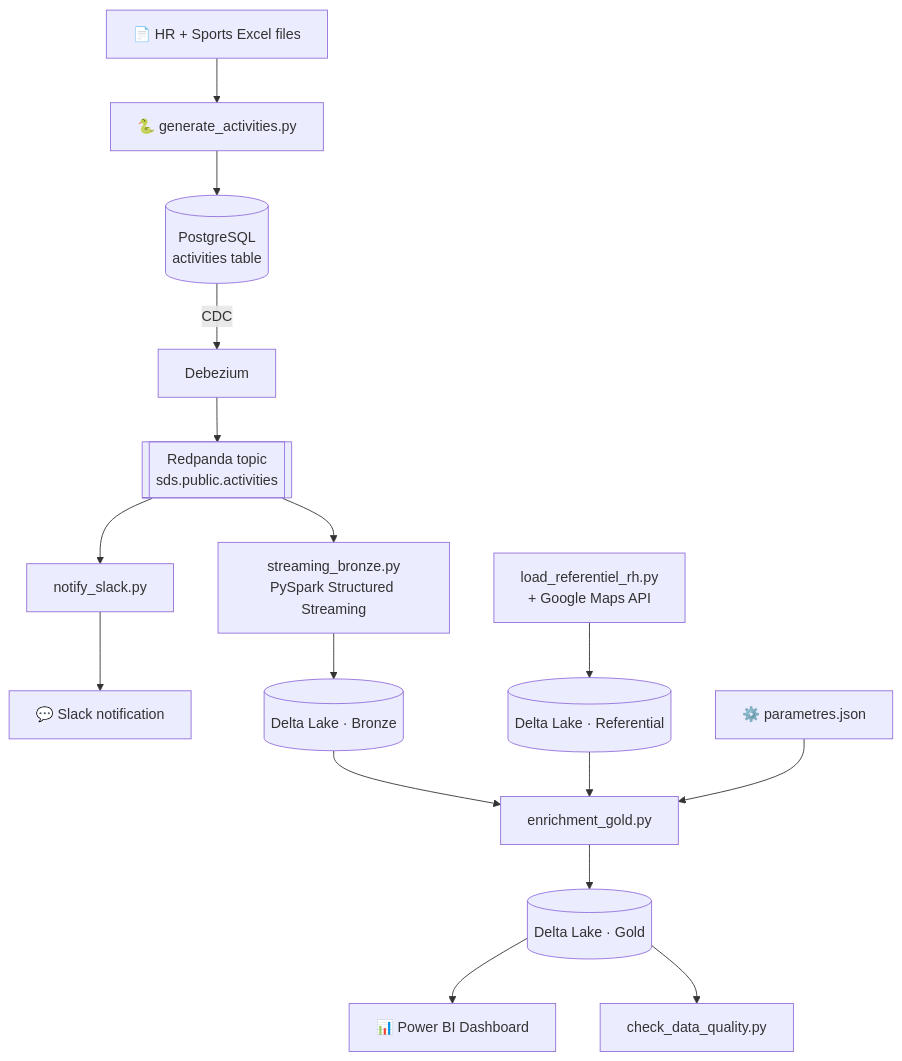
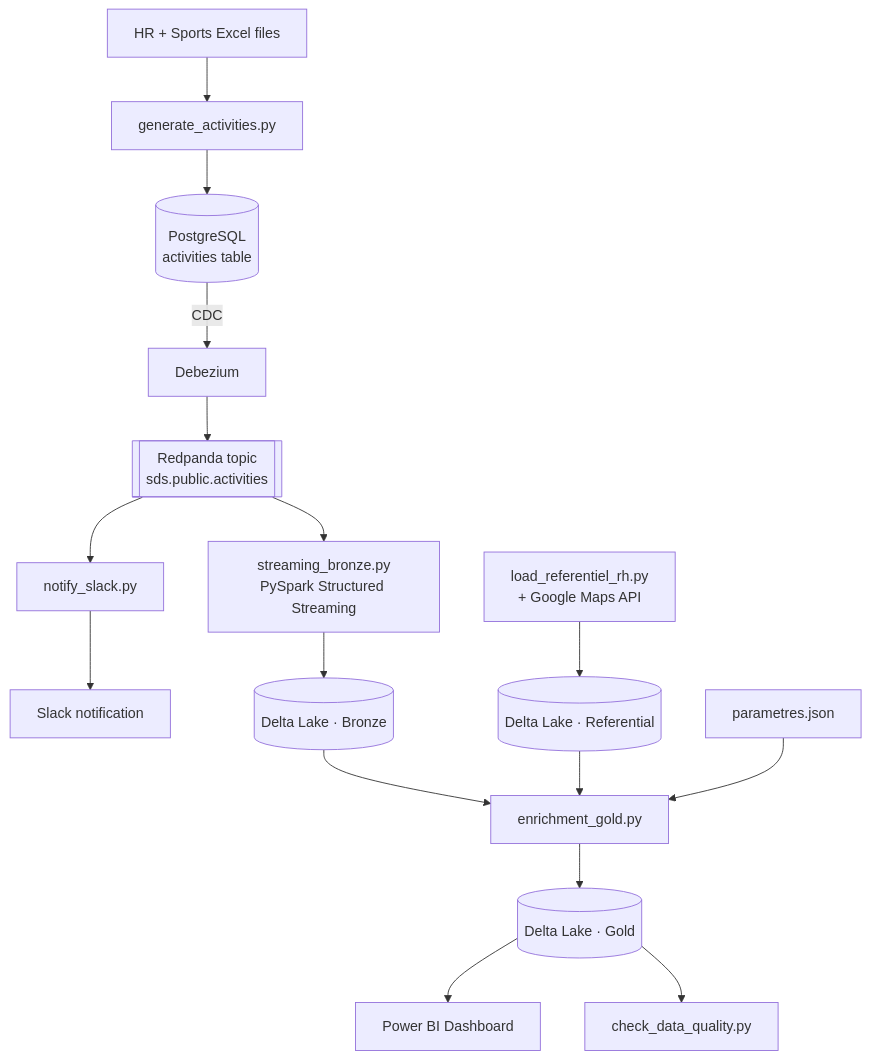
Before and after one commit to YAD95/OC-Projet-12-Realtime-Streaming-Pipeline-Architecture: the diagram in README.md, drawn with Mermaid. The commit also changed other lines of this file, not shown here.

````diff
--- a/README.md
+++ b/README.md
@@ -37,18 +37,18 @@
 ```mermaid
 flowchart TD
-    A[📄 HR + Sports Excel files] --> G
-    G[🐍 generate_activities.py] --> B[(PostgreSQL<br/>activities table)]
+    A[ HR + Sports Excel files] --> G
+    G[ generate_activities.py] --> B[(PostgreSQL<br/>activities table)]
     B -->|CDC| C[Debezium]
     C --> D[[Redpanda topic<br/>sds.public.activities]]
     D --> E[streaming_bronze.py<br/>PySpark Structured Streaming]
     D --> F[notify_slack.py]
-    F --> S[💬 Slack notification]
+    F --> S[ Slack notification]
     E --> H[(Delta Lake · Bronze)]
     R[load_referentiel_rh.py<br/>+ Google Maps API] --> I[(Delta Lake · Referential)]
     H --> J[enrichment_gold.py]
     I --> J
-    P[⚙️ parametres.json] --> J
+    P[ parametres.json] --> J
     J --> K[(Delta Lake · Gold)]
-    K --> L[📊 Power BI Dashboard]
+    K --> L[ Power BI Dashboard]
     K --> Q[check_data_quality.py]
 ```
````
